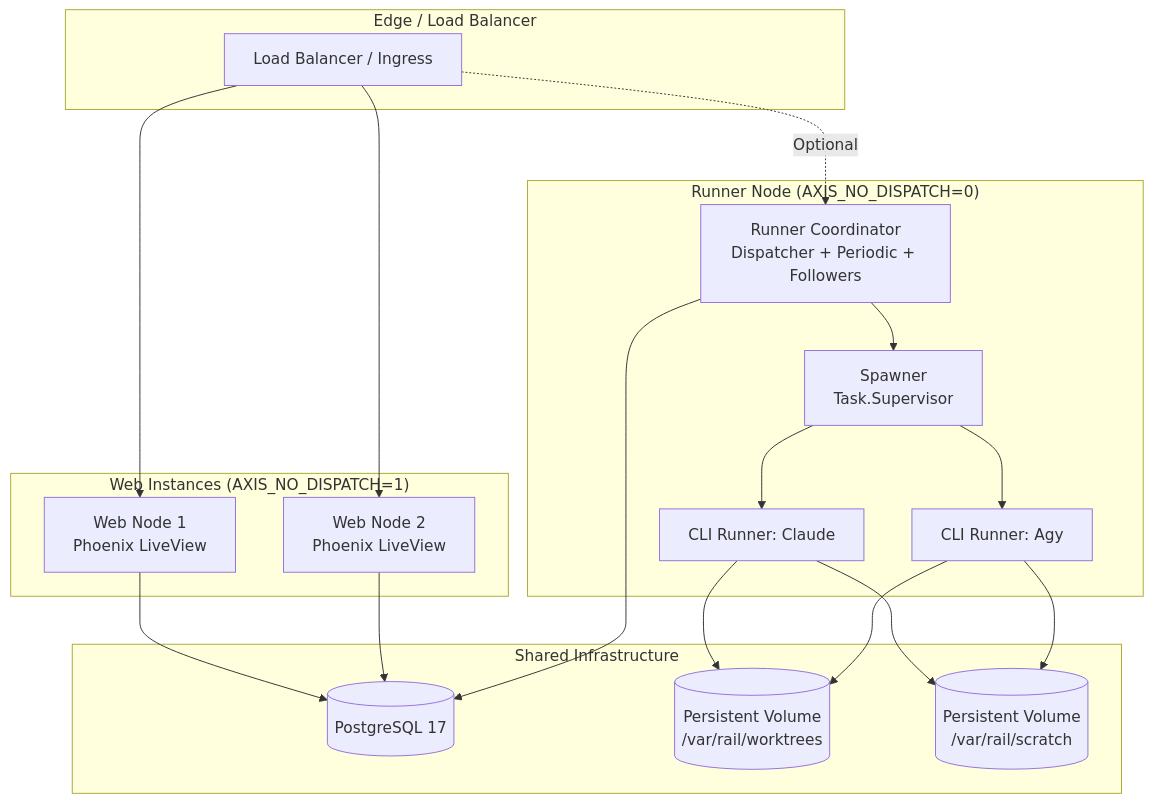
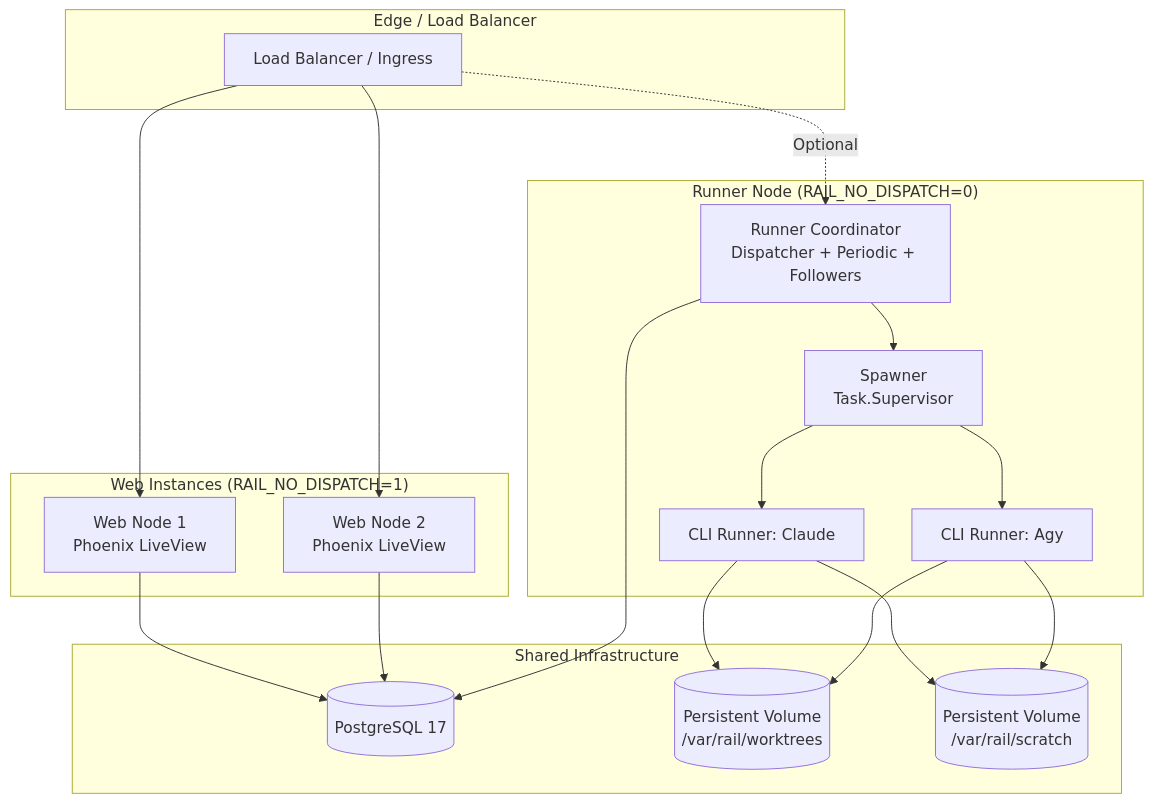
Before and after one commit to Dish-Books/rail: the diagram in docs/RUNNER_RUNBOOK.md, drawn with Mermaid. The commit also changed other lines of this file and 74 other files, not shown here.

````diff
--- a/docs/RUNNER_RUNBOOK.md
+++ b/docs/RUNNER_RUNBOOK.md
@@ -15,40 +15,40 @@
 ```mermaid
 flowchart TD
     subgraph Ingress ["Edge / Load Balancer"]
         LB[Load Balancer / Ingress]
     end
 
-    subgraph WebNodes ["Web Instances (AXIS_NO_DISPATCH=1)"]
+    subgraph WebNodes ["Web Instances (RAIL_NO_DISPATCH=1)"]
         W1[Web Node 1<br/>Phoenix LiveView]
         W2[Web Node 2<br/>Phoenix LiveView]
     end
 
-    subgraph RunnerNode ["Runner Node (AXIS_NO_DISPATCH=0)"]
+    subgraph RunnerNode ["Runner Node (RAIL_NO_DISPATCH=0)"]
         R1[Runner Coordinator<br/>Dispatcher + Periodic + Followers]
         SP[Spawner<br/>Task.Supervisor]
         CL1[CLI Runner: Claude]
         CL2[CLI Runner: Agy]
         R1 --> SP
         SP --> CL1
         SP --> CL2
     end
 
     subgraph Storage ["Shared Infrastructure"]
         DB[(PostgreSQL 17)]
         WT[(Persistent Volume<br/>/var/rail/worktrees)]
         SC[(Persistent Volume<br/>/var/rail/scratch)]
     end
 
     LB --> W1
     LB --> W2
     LB -. Optional .-> R1
 
     W1 --> DB
     W2 --> DB
     R1 --> DB
 
     CL1 --> WT
     CL1 --> SC
     CL2 --> WT
     CL2 --> SC
 ```
````
